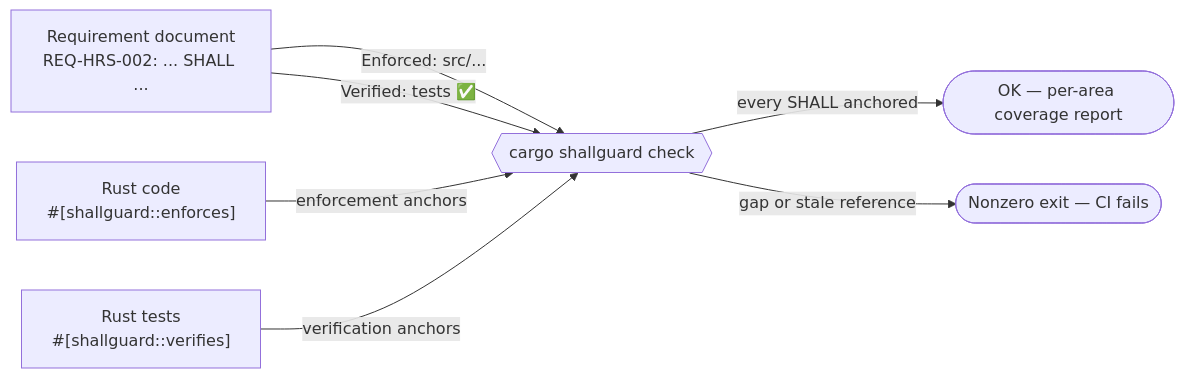
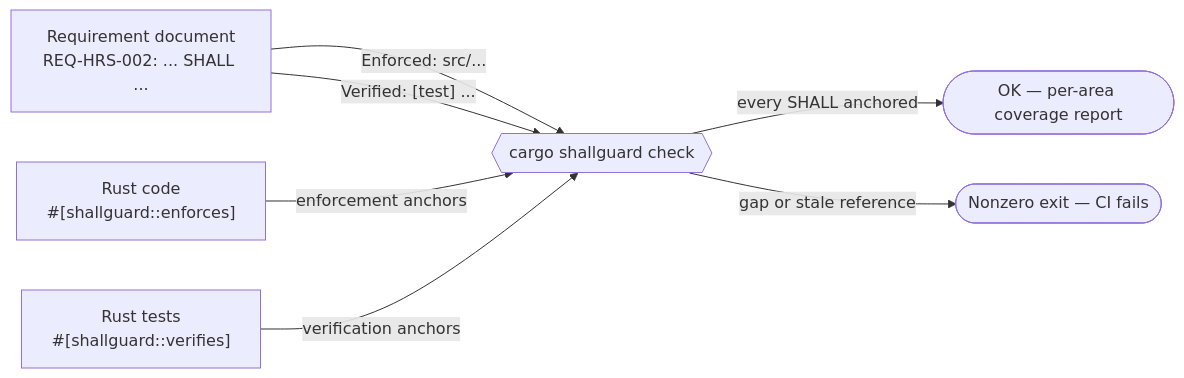
The first of 4 diagrams in README.md (ShallGuard/shallguard-rs), drawn with Mermaid before and after one commit. The commit also changed other lines of this file and 19 other files, not shown here.

````diff
--- a/README.md
+++ b/README.md
@@ -85,14 +87,14 @@
 ```mermaid
 flowchart LR
     DOC["Requirement document<br/>REQ-HRS-002: ... SHALL ..."]
     CODE["Rust code<br/>#[shallguard::enforces]"]
     TEST["Rust tests<br/>#[shallguard::verifies]"]
     CHECK{{"cargo shallguard check"}}
 
     DOC -- "Enforced: src/..." --> CHECK
-    DOC -- "Verified: tests ✅" --> CHECK
+    DOC -- "Verified: [test] ..." --> CHECK
     CODE -- "enforcement anchors" --> CHECK
     TEST -- "verification anchors" --> CHECK
     CHECK -- "every SHALL anchored" --> OK(["OK — per-area coverage report"])
     CHECK -- "gap or stale reference" --> FAIL(["Nonzero exit — CI fails"])
 ```
````
